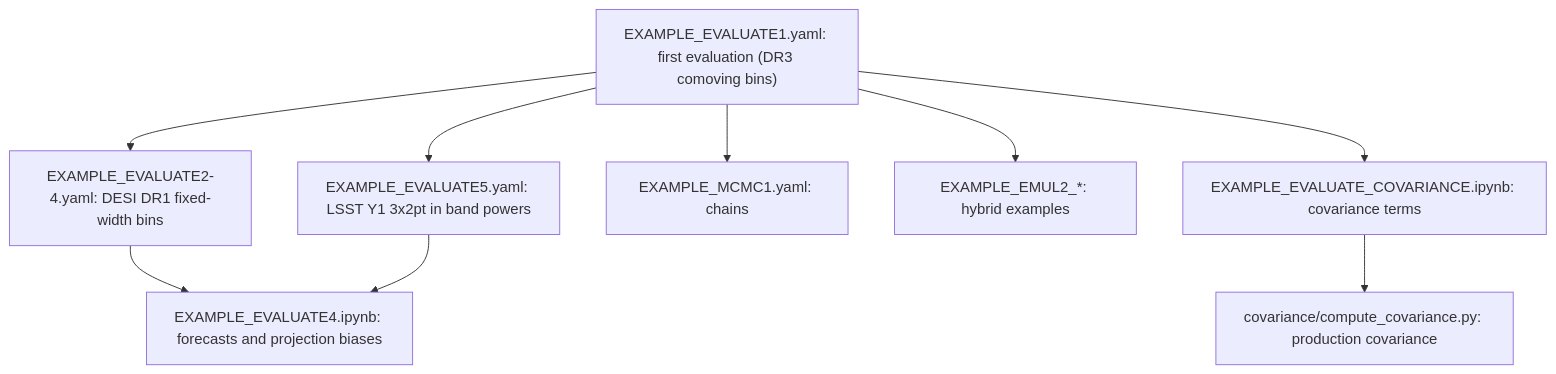
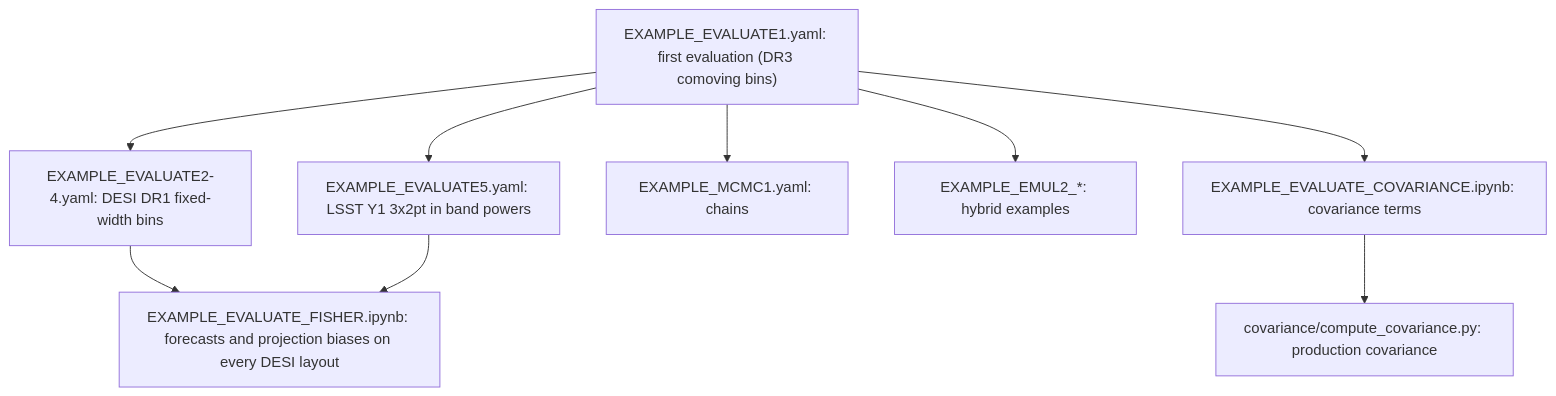
One commit to SBU-COSMOLIKE/lssty1xdesi changed the diagram in README.md. Above: the diagram before and after it, drawn with Mermaid. The commit also changed other lines of this file and 29 other files, not shown here.

First line of the commit message:
Store the N-models vectors and summarize every layout in the Fisher notebook

````diff
--- a/README.md
+++ b/README.md
@@ -58,11 +58,11 @@
 ```mermaid
 flowchart TB
   A["EXAMPLE_EVALUATE1.yaml: first evaluation (DR3 comoving bins)"] --> B["EXAMPLE_EVALUATE2-4.yaml: DESI DR1 fixed-width bins"]
   A --> C["EXAMPLE_EVALUATE5.yaml: LSST Y1 3x2pt in band powers"]
   A --> D["EXAMPLE_MCMC1.yaml: chains"]
   A --> E["EXAMPLE_EMUL2_*: hybrid examples"]
   A --> F["EXAMPLE_EVALUATE_COVARIANCE.ipynb: covariance terms"]
   F --> G["covariance/compute_covariance.py: production covariance"]
-  B --> H["EXAMPLE_EVALUATE4.ipynb: forecasts and projection biases"]
+  B --> H["EXAMPLE_EVALUATE_FISHER.ipynb: forecasts and projection biases on every DESI layout"]
   C --> H
 ```
````
